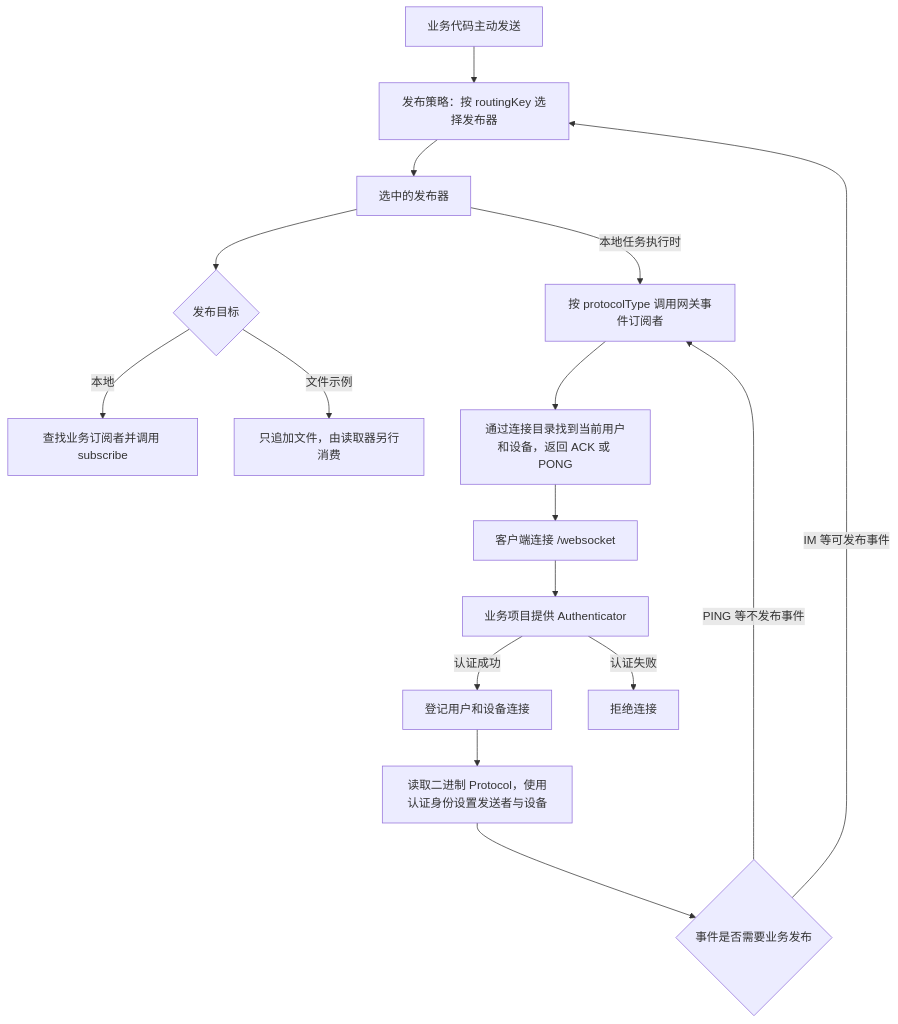
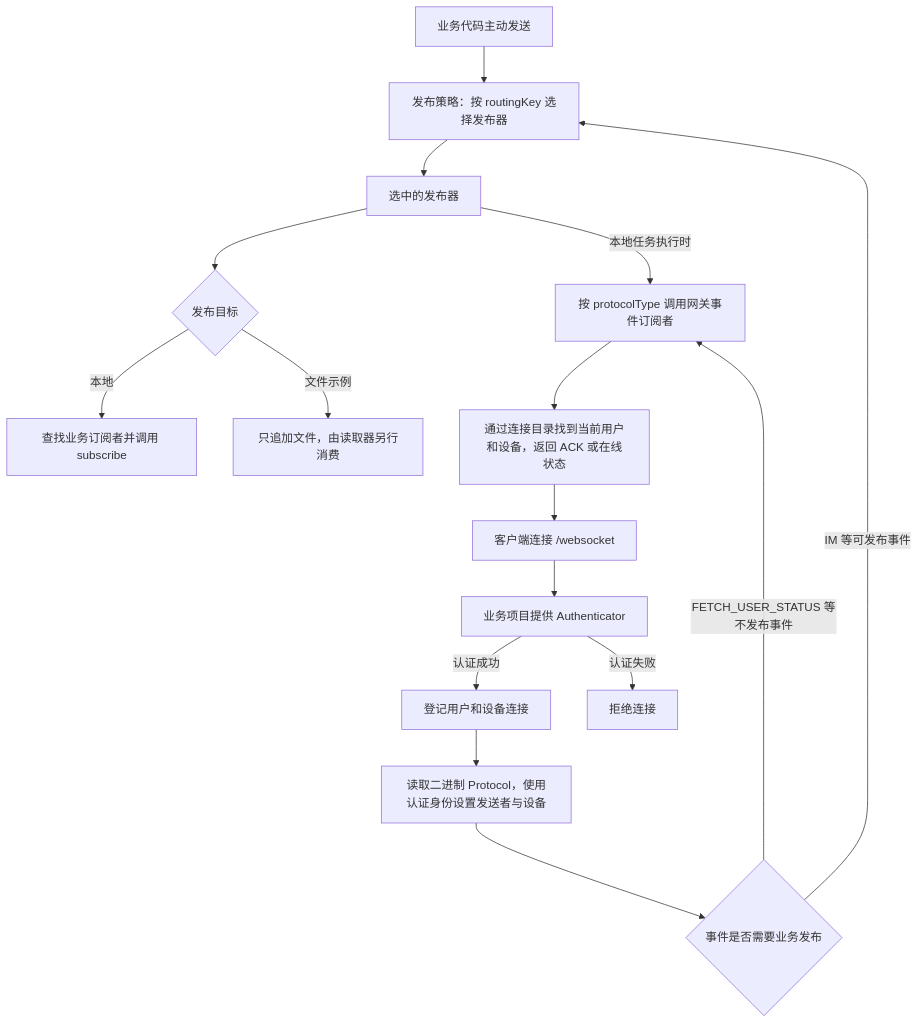
The first of 5 diagrams in README.md (sparrowzoo/sparrow-messaging-gateway), drawn with Mermaid before and after one commit. The commit also changed other lines of this file and 35 other files, not shown here.

````diff
--- a/README.md
+++ b/README.md
@@ -11,18 +11,18 @@
 ```mermaid
 flowchart TD
     Local["业务代码主动发送"] --> Strategy["发布策略：按 routingKey 选择发布器"]
     Client["客户端连接 /websocket"] --> Auth["业务项目提供 Authenticator"]
     Auth -->|"认证成功"| Connection["登记用户和设备连接"]
     Auth -->|"认证失败"| Reject["拒绝连接"]
     Connection --> Parse["读取二进制 Protocol，使用认证身份设置发送者与设备"]
     Parse --> Kind{"事件是否需要业务发布"}
     Kind -->|"IM 等可发布事件"| Strategy
     Strategy --> Publisher["选中的发布器"]
     Publisher --> Target{"发布目标"}
     Target -->|"本地"| Business["查找业务订阅者并调用 subscribe"]
     Target -->|"文件示例"| File["只追加文件，由读取器另行消费"]
     Publisher -->|"本地任务执行时"| Event["按 protocolType 调用网关事件订阅者"]
-    Kind -->|"PING 等不发布事件"| Event
-    Event --> Reply["通过连接目录找到当前用户和设备，返回 ACK 或 PONG"]
+    Kind -->|"FETCH_USER_STATUS 等不发布事件"| Event
+    Event --> Reply["通过连接目录找到当前用户和设备，返回 ACK 或在线状态"]
     Reply --> Client
 ```
````
